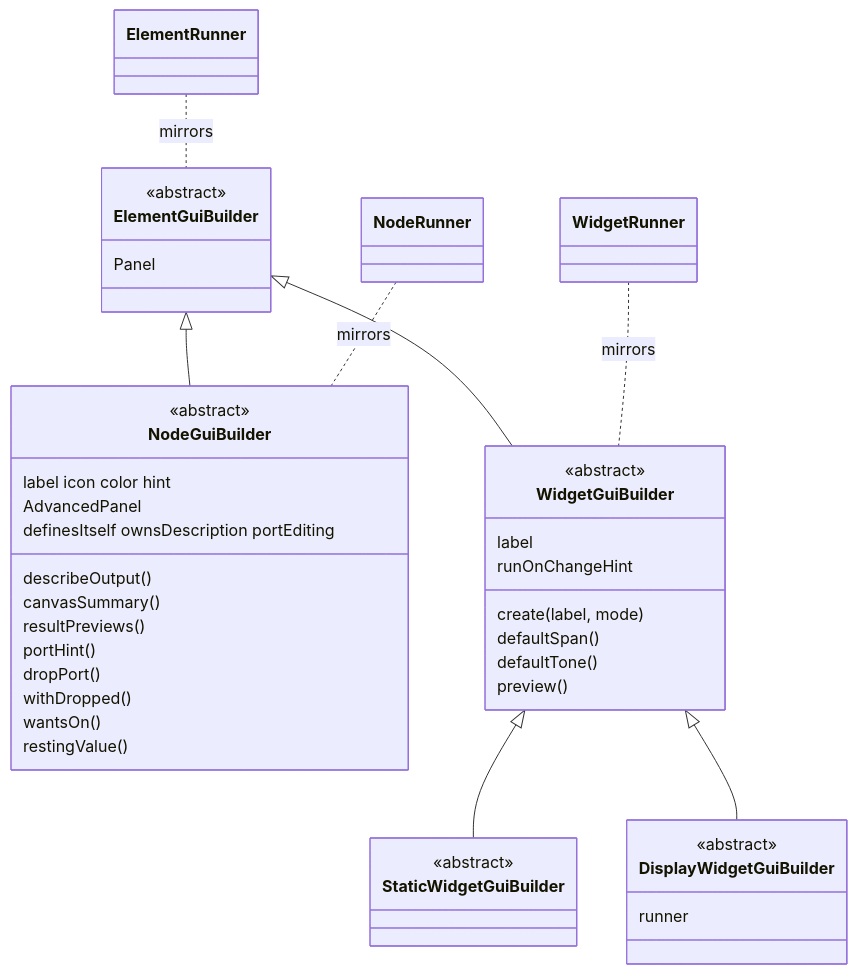
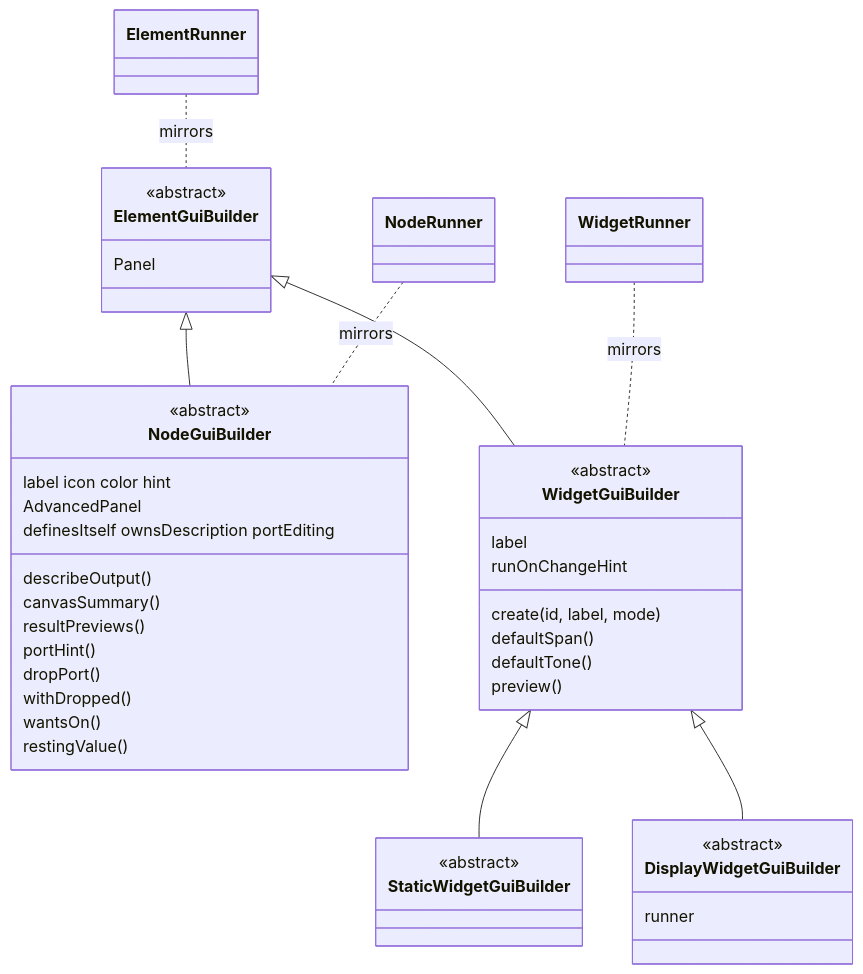
One commit to Archimedes79/AI_Graph changed the fifth of 8 diagrams in arch/overview.md. Above: the diagram before and after it, drawn with Mermaid. The commit also changed other lines of this file and 27 other files, not shown here.

````diff
--- a/arch/overview.md
+++ b/arch/overview.md
@@ -273,44 +273,44 @@
 ```mermaid
 classDiagram
   class ElementGuiBuilder {
     <<abstract>>
     Panel
   }
   class NodeGuiBuilder {
     <<abstract>>
     label icon color hint
     AdvancedPanel
     describeOutput()
     canvasSummary()
     resultPreviews()
     definesItself ownsDescription portEditing
     portHint()
     dropPort()
     withDropped()
     wantsOn()
     restingValue()
   }
   class WidgetGuiBuilder {
     <<abstract>>
     label
-    create(label, mode)
+    create(id, label, mode)
     defaultSpan()
     defaultTone()
     runOnChangeHint
     preview()
   }
   class StaticWidgetGuiBuilder {
     <<abstract>>
   }
   class DisplayWidgetGuiBuilder {
     <<abstract>>
     runner
   }
   ElementGuiBuilder <|-- NodeGuiBuilder
   ElementGuiBuilder <|-- WidgetGuiBuilder
   WidgetGuiBuilder <|-- StaticWidgetGuiBuilder
   WidgetGuiBuilder <|-- DisplayWidgetGuiBuilder
   ElementRunner .. ElementGuiBuilder : mirrors
   NodeRunner .. NodeGuiBuilder : mirrors
   WidgetRunner .. WidgetGuiBuilder : mirrors
 ```
````
